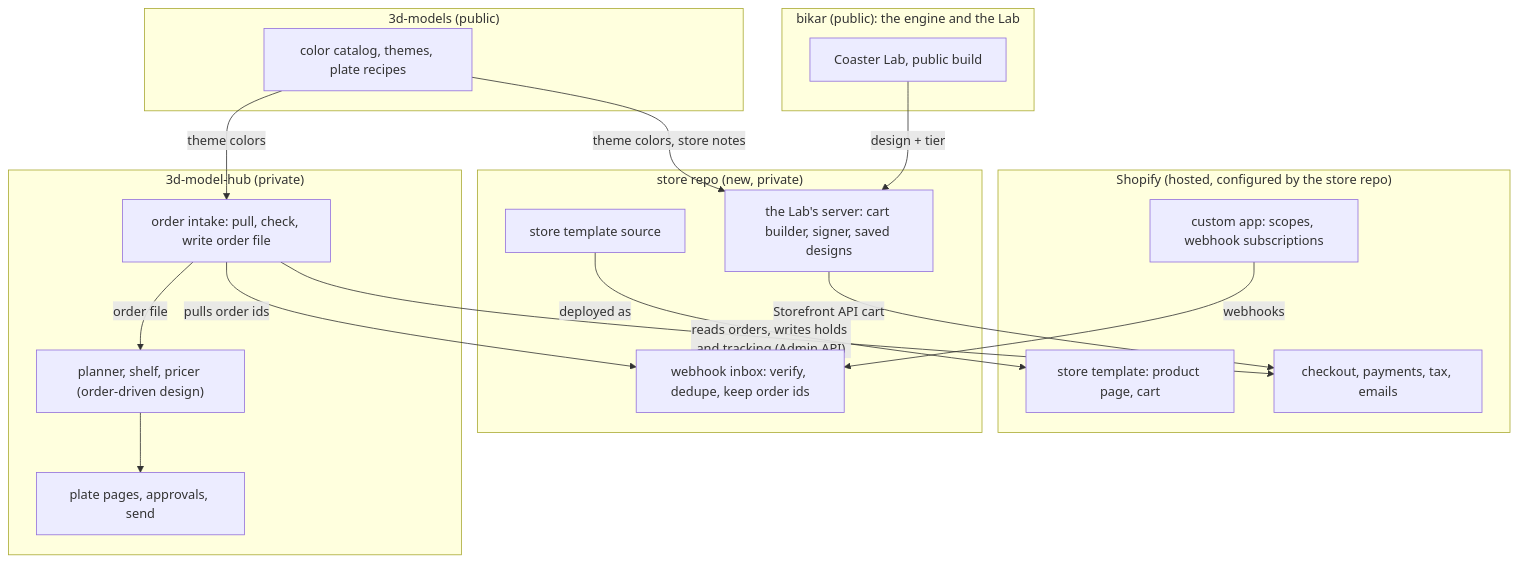
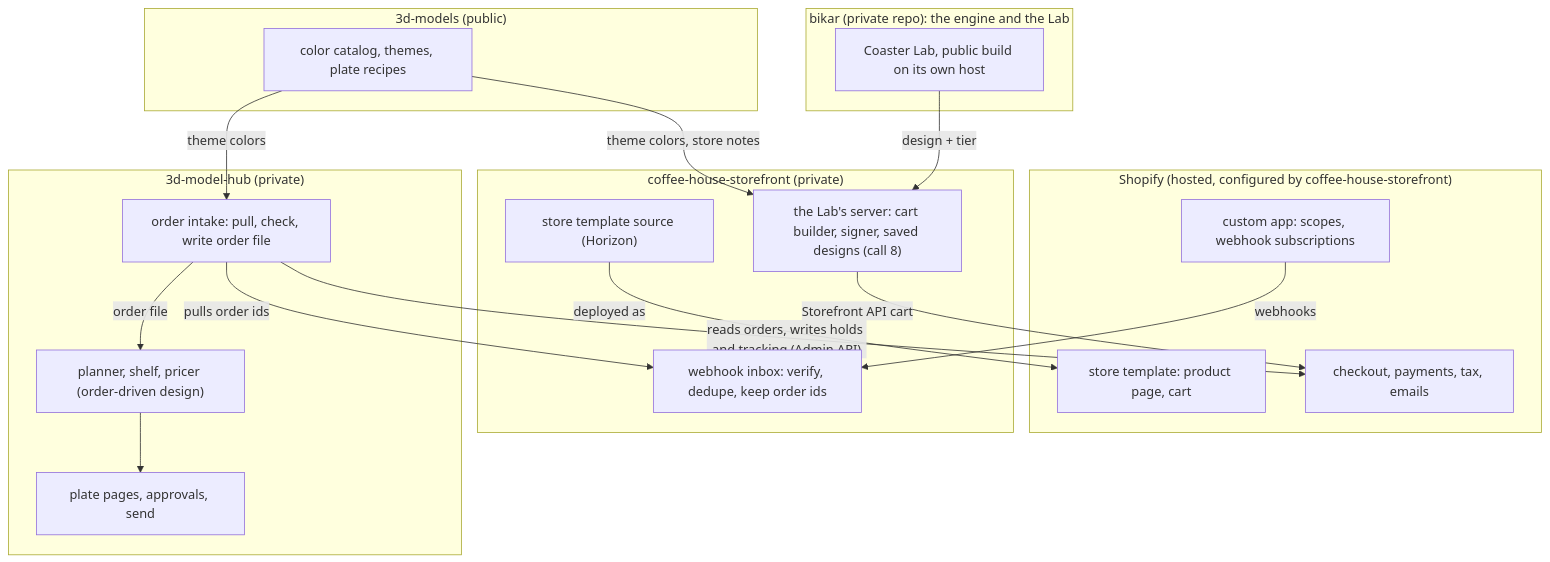
Before and after one commit to omars-lab/3d-models: the fourth of 5 diagrams in docs/design/storefront/shopify-storefront-design.md, drawn with Mermaid. The commit also changed other lines of this file and 2 other files, not shown here.

````diff
--- a/docs/design/storefront/shopify-storefront-design.md
+++ b/docs/design/storefront/shopify-storefront-design.md
@@ -245,34 +266,34 @@
 ```mermaid
 flowchart TB
-  subgraph shopify["Shopify (hosted, configured by the store repo)"]
+  subgraph shopify["Shopify (hosted, configured by coffee-house-storefront)"]
     tpl["store template: product page, cart"]
     app["custom app: scopes, webhook subscriptions"]
     checkout["checkout, payments, tax, emails"]
   end
-  subgraph storerepo["store repo (new, private)"]
-    srv["the Lab's server: cart builder, signer, saved designs"]
+  subgraph storerepo["coffee-house-storefront (private)"]
+    srv["the Lab's server: cart builder, signer, saved designs (call 8)"]
     inbox["webhook inbox: verify, dedupe, keep order ids"]
-    tplsrc["store template source"]
+    tplsrc["store template source (Horizon)"]
   end
-  subgraph bikar["bikar (public): the engine and the Lab"]
-    lab["Coaster Lab, public build"]
+  subgraph bikar["bikar (private repo): the engine and the Lab"]
+    lab["Coaster Lab, public build on its own host"]
   end
   subgraph hubrepo["3d-model-hub (private)"]
     intake["order intake: pull, check, write order file"]
     planner["planner, shelf, pricer (order-driven design)"]
     pages["plate pages, approvals, send"]
   end
   subgraph tdm["3d-models (public)"]
     catalog["color catalog, themes, plate recipes"]
   end
   lab -->|"design + tier"| srv
   srv -->|"Storefront API cart"| checkout
   tplsrc -->|"deployed as"| tpl
   app -->|"webhooks"| inbox
   intake -->|"pulls order ids"| inbox
   intake -->|"reads orders, writes holds and tracking (Admin API)"| checkout
   intake -->|"order file"| planner
   planner --> pages
   catalog -->|"theme colors, store notes"| srv
   catalog -->|"theme colors"| intake
 ```
````
